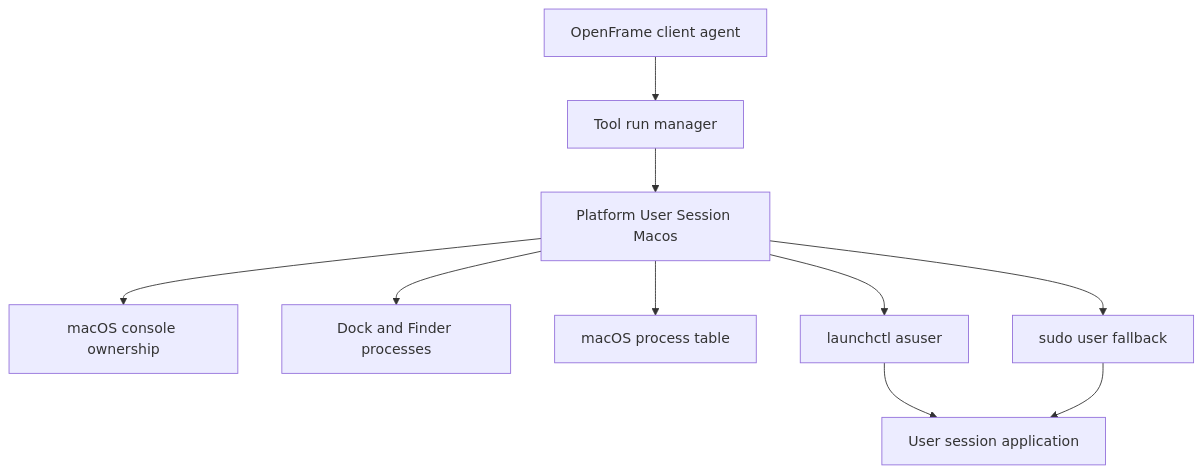
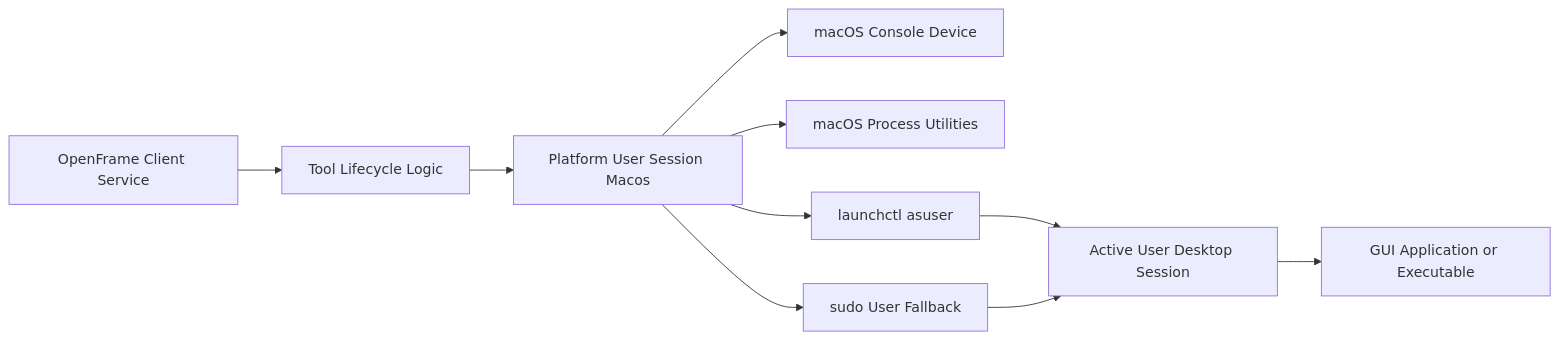
Before and after one commit to flamingo-stack/openframe-oss-tenant: the first of 4 diagrams in docs/reference/architecture/openframe-client-core/platform-user-session-macos/platform-user-session-macos.md, drawn with Mermaid. The commit also changed other lines of this file and 2377 other files, not shown here.

````diff
--- a/docs/reference/architecture/openframe-client-core/platform-user-session-macos/platform-user-session-macos.md
+++ b/docs/reference/architecture/openframe-client-core/platform-user-session-macos/platform-user-session-macos.md
@@ -25,12 +23,12 @@
 ```mermaid
-flowchart TD
-    Agent["OpenFrame client agent"] --> ToolManager["Tool run manager"]
-    ToolManager --> SessionModule["Platform User Session Macos"]
-    SessionModule --> Console["macOS console ownership"]
-    SessionModule --> Desktop["Dock and Finder processes"]
-    SessionModule --> ProcessTable["macOS process table"]
-    SessionModule --> Launchctl["launchctl asuser"]
-    SessionModule --> Sudo["sudo user fallback"]
-    Launchctl --> UserApp["User session application"]
-    Sudo --> UserApp
+flowchart LR
+    ClientService["OpenFrame Client Service"] --> ToolLifecycle["Tool Lifecycle Logic"]
+    ToolLifecycle --> SessionModule["Platform User Session Macos"]
+    SessionModule --> ConsoleDevice["macOS Console Device"]
+    SessionModule --> ProcessTools["macOS Process Utilities"]
+    SessionModule --> LaunchControl["launchctl asuser"]
+    SessionModule --> SudoFallback["sudo User Fallback"]
+    LaunchControl --> UserDesktop["Active User Desktop Session"]
+    SudoFallback --> UserDesktop
+    UserDesktop --> GuiTool["GUI Application or Executable"]
 ```
````
